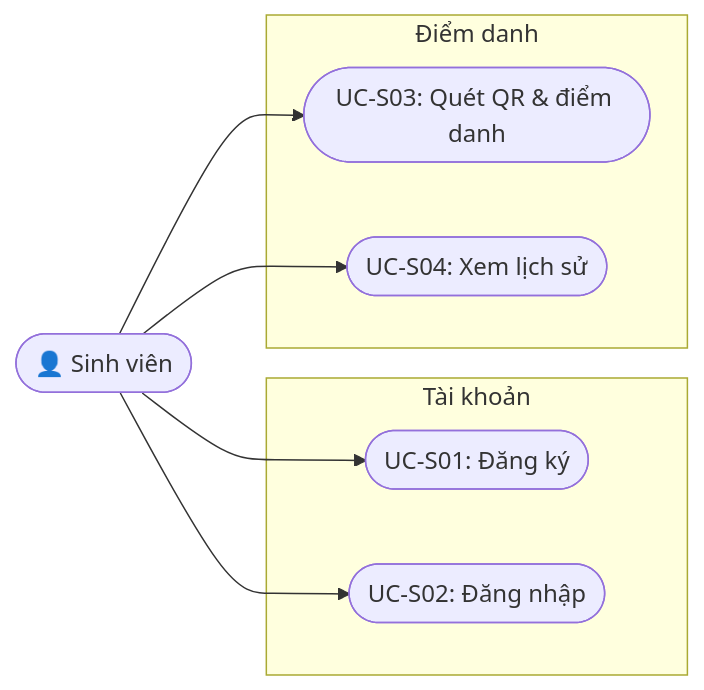
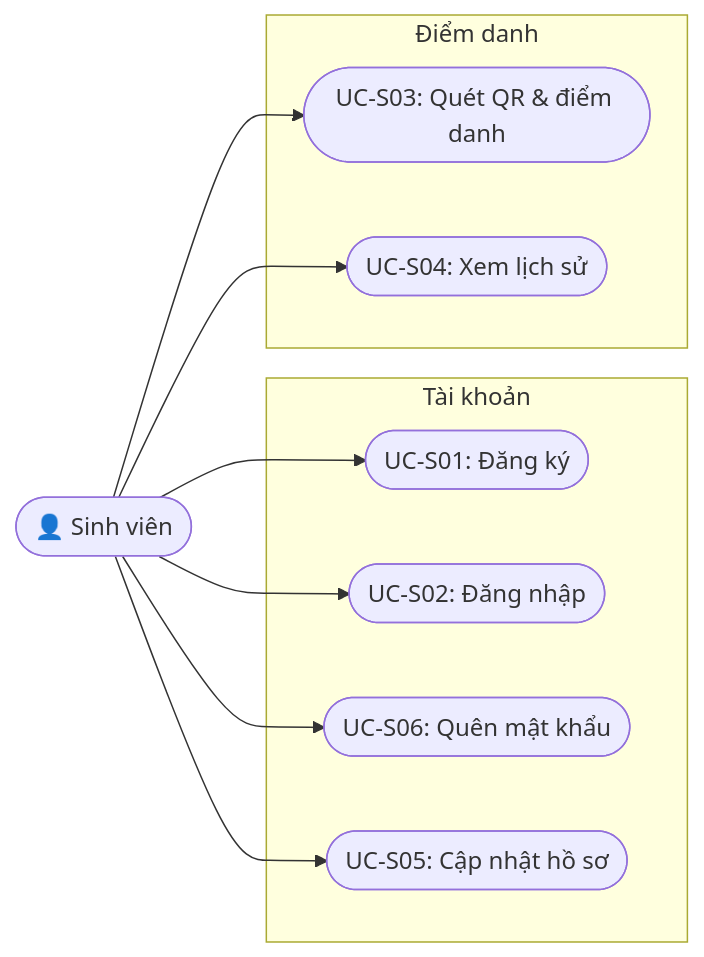
One commit to kentdoan/qr-attendance changed the second of 13 diagrams in docs/SRS.md. Above: the diagram before and after it, drawn with Mermaid. The commit also changed other lines of this file and 63 other files, not shown here.

````diff
--- a/docs/SRS.md
+++ b/docs/SRS.md
@@ -85,19 +109,23 @@
 ```mermaid
 graph LR
     SV(["👤 Sinh viên"])
 
     subgraph Tài khoản
         UC_S01(["UC-S01: Đăng ký"])
         UC_S02(["UC-S02: Đăng nhập"])
+        UC_S06(["UC-S06: Quên mật khẩu"])
+        UC_S05(["UC-S05: Cập nhật hồ sơ"])
     end
 
     subgraph Điểm danh
         UC_S03(["UC-S03: Quét QR & điểm danh"])
         UC_S04(["UC-S04: Xem lịch sử"])
     end
 
     SV --> UC_S01
     SV --> UC_S02
+    SV --> UC_S06
+    SV --> UC_S05
     SV --> UC_S03
     SV --> UC_S04
 ```
````
